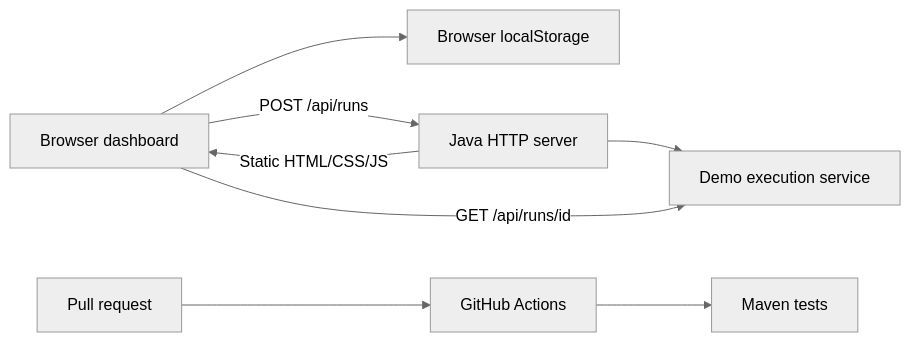
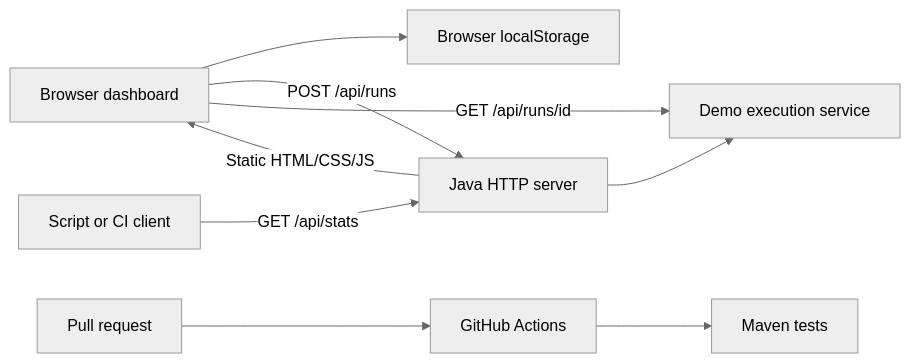
Before and after one commit to akashvikram249/capstone: the first of 4 diagrams in architecture.md, drawn with Mermaid (neutral theme). The commit also changed other lines of this file, not shown here.

Commit message:
US-106: architecture diagram and US-106 section

````diff
--- a/architecture.md
+++ b/architecture.md
@@ -7,10 +7,11 @@
 ```mermaid
 flowchart LR
     Browser[Browser dashboard] --> Local[Browser localStorage]
     Browser -->|POST /api/runs| Server[Java HTTP server]
     Server --> Runner[Demo execution service]
     Browser -->|GET /api/runs/id| Runner
     Server -->|Static HTML/CSS/JS| Browser
+    Client[Script or CI client] -->|GET /api/stats| Server
     PR[Pull request] --> Actions[GitHub Actions]
     Actions --> Tests[Maven tests]
 ```
````
